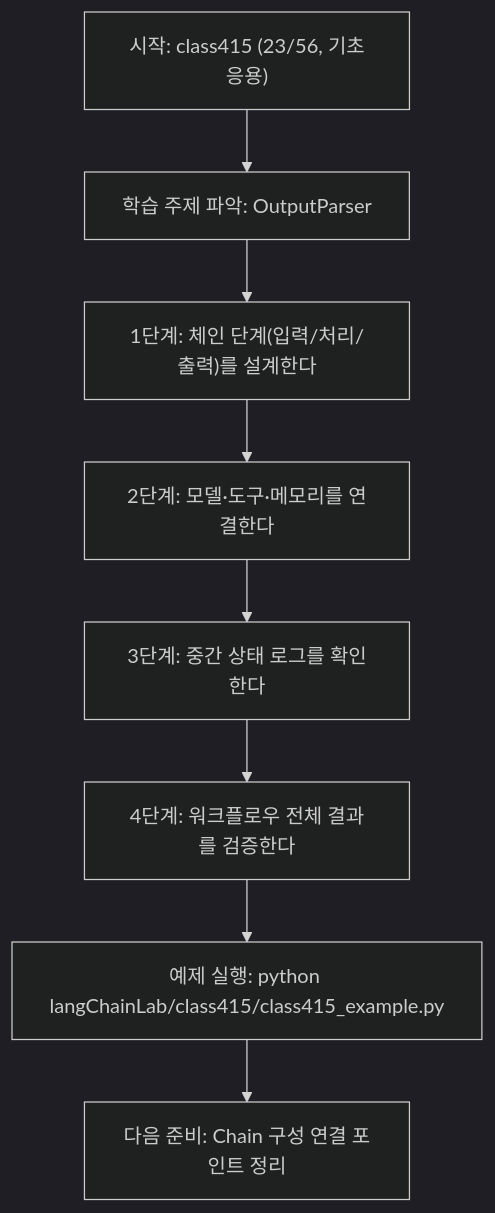
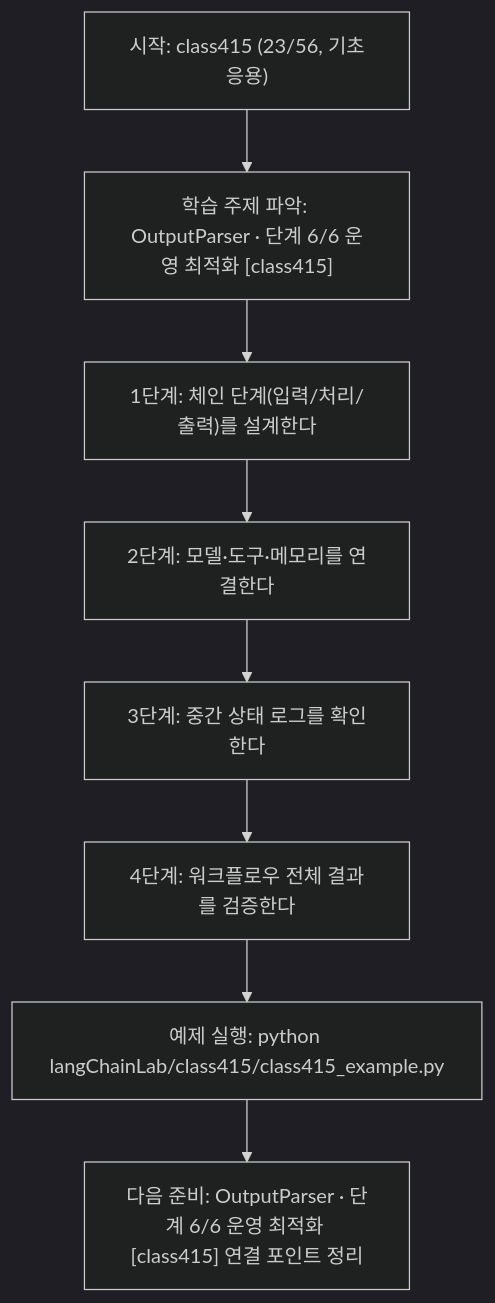
Before and after one commit to edumgt/Python-AI_Agent-Class: the diagram in langChainLab/class415/class415.md, drawn with Mermaid (dark theme). The commit also changed other lines of this file and 522 other files, not shown here.

````diff
--- a/langChainLab/class415/class415.md
+++ b/langChainLab/class415/class415.md
@@ -107,18 +108,18 @@
 ```mermaid
 flowchart TD
 N1["시작: class415 (23/56, 기초응용)"]
-N2["학습 주제 파악: OutputParser"]
+N2["학습 주제 파악: OutputParser · 단계 6/6 운영 최적화 [class415]"]
 N3["1단계: 체인 단계(입력/처리/출력)를 설계한다"]
 N4["2단계: 모델·도구·메모리를 연결한다"]
 N5["3단계: 중간 상태 로그를 확인한다"]
 N6["4단계: 워크플로우 전체 결과를 검증한다"]
 N7["예제 실행: python langChainLab/class415/class415_example.py"]
-N8["다음 준비: Chain 구성 연결 포인트 정리"]
+N8["다음 준비: OutputParser · 단계 6/6 운영 최적화 [class415] 연결 포인트 정리"]
 N1 --> N2
 N2 --> N3
 N3 --> N4
 N4 --> N5
 N5 --> N6
 N6 --> N7
 N7 --> N8
 ```
````
